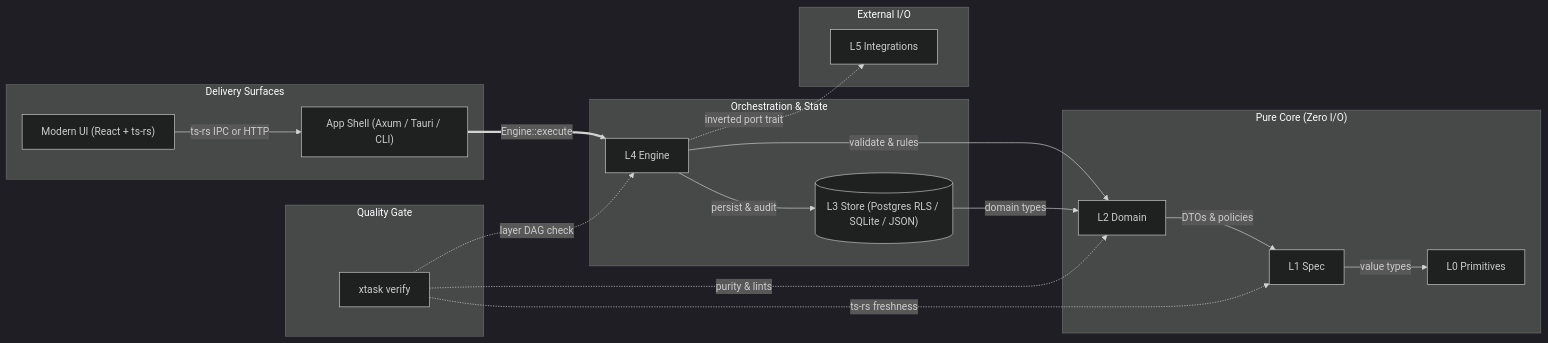
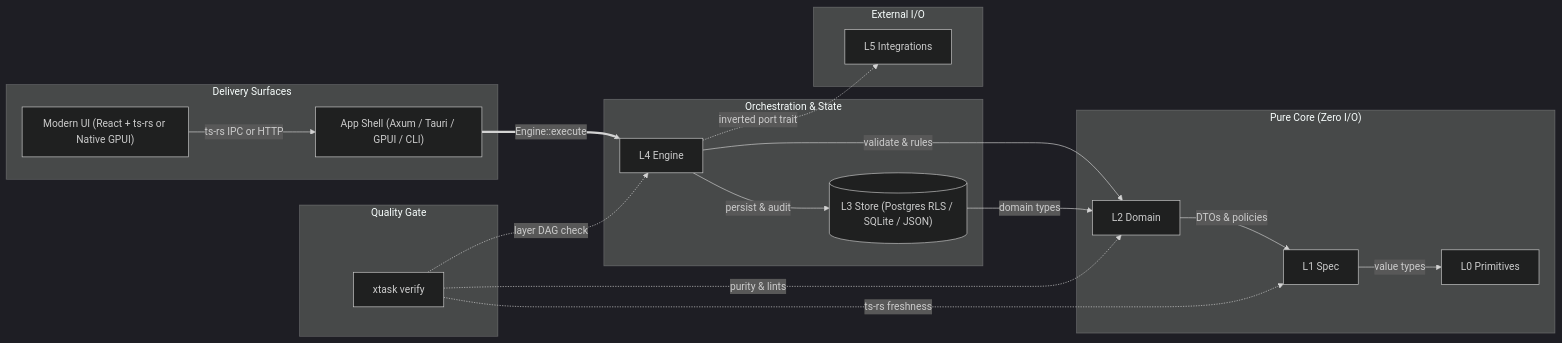
One commit to KJ-AIML/rust-product-skills changed the first of 2 diagrams in docs/architecture-tour.md. Above: the diagram before and after it, drawn with Mermaid (dark theme). The commit also changed other lines of this file and 11 other files, not shown here.

Commit message:
feat: add Profile C (Native GPUI Desktop & CLI) across skills and docs

````diff
--- a/docs/architecture-tour.md
+++ b/docs/architecture-tour.md
@@ -43,33 +43,33 @@
 ```mermaid
 flowchart LR
   subgraph sg0["Delivery Surfaces"]
-    n0["Modern UI (React + ts-rs)"]
-    n1["App Shell (Axum / Tauri / CLI)"]
+    n0["Modern UI (React + ts-rs or Native GPUI)"]
+    n1["App Shell (Axum / Tauri / GPUI / CLI)"]
   end
   subgraph sg1["Quality Gate"]
     n2["xtask verify"]
   end
   subgraph sg2["Orchestration & State"]
     n3["L4 Engine"]
     n4[("L3 Store (Postgres RLS / SQLite / JSON)")]
   end
   subgraph sg3["External I/O"]
     n5["L5 Integrations"]
   end
   subgraph sg4["Pure Core (Zero I/O)"]
     n6["L2 Domain"]
     n7["L1 Spec"]
     n8["L0 Primitives"]
   end
   n0 -->|"ts-rs IPC or HTTP"| n1
   n1 ==>|"Engine::execute"| n3
   n3 -->|"persist & audit"| n4
   n3 -->|"validate & rules"| n6
   n3 -.->|"inverted port trait"| n5
   n4 -->|"domain types"| n6
   n6 -->|"DTOs & policies"| n7
   n7 -->|"value types"| n8
   n2 -.->|"layer DAG check"| n3
   n2 -.->|"purity & lints"| n6
   n2 -.->|"ts-rs freshness"| n7
 ```
````
